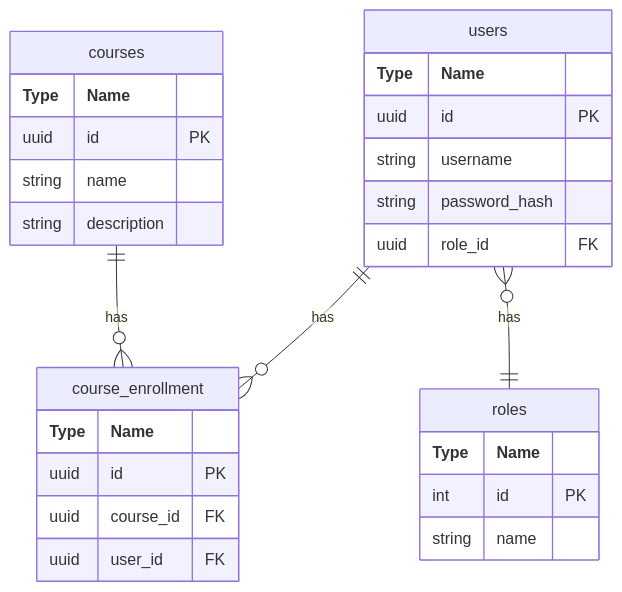
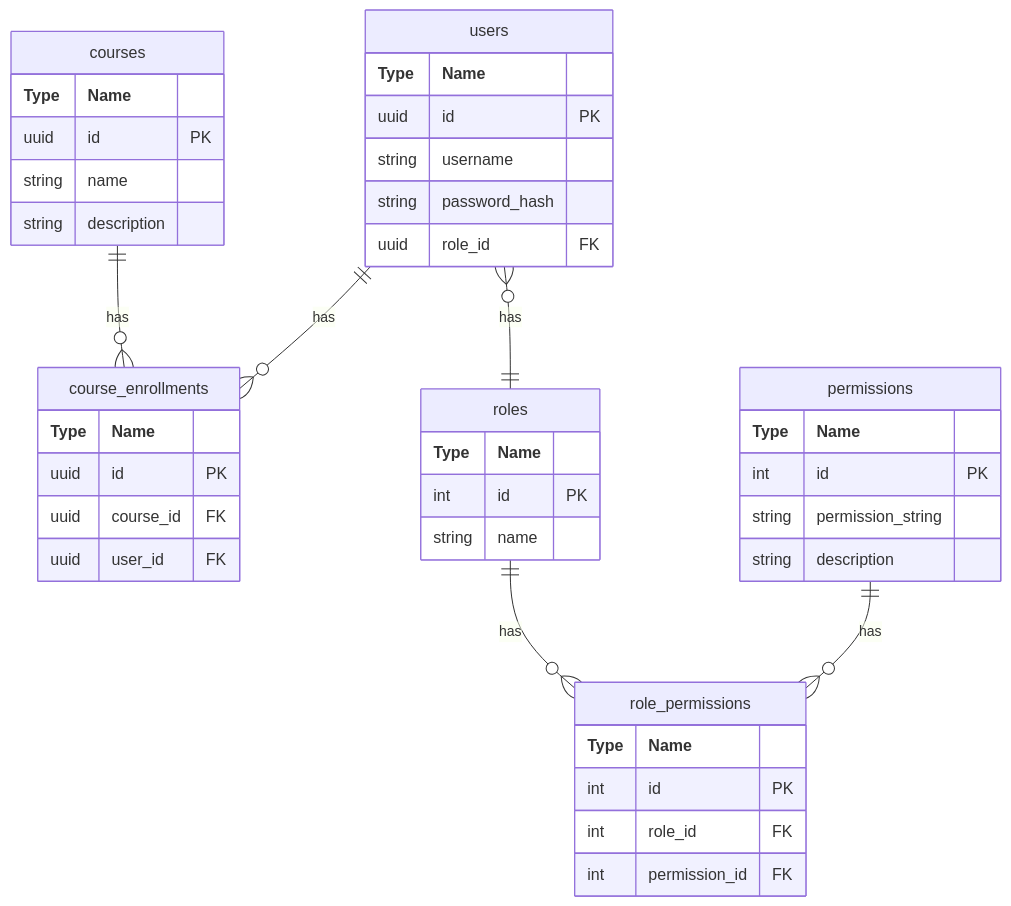
One commit to SamDalmon/Project-2-LMS changed the diagram in README.md. Above: the diagram before and after it, drawn with Mermaid. The commit also changed other lines of this file, not shown here.

Commit message:
Update README.md to enhance setup instructions and correct database structure references

````diff
--- a/README.md
+++ b/README.md
@@ -9,35 +13,52 @@
 ```mermaid
   erDiagram
-    courses ||--o{ course_enrollment : has
-    users ||--o{ course_enrollment : has
+    courses ||--o{ course_enrollments : has
+    users ||--o{ course_enrollments : has
     users }o--|| roles : has
+    roles ||--o{ role_permissions : has
+    permissions ||--o{ role_permissions : has
+    
 
     courses {
       **Type** **Name**
       uuid id PK
       string name
       string description
     }
 
-    course_enrollment {
+    course_enrollments {
       **Type** **Name**
       uuid id PK
       uuid course_id FK
       uuid user_id FK
     }
     
     users {
       **Type** **Name**
       uuid id PK
       string username
       string password_hash
      uuid role_id FK
     }
 
     roles {
       **Type** **Name**
       int id PK
       string name
     }
+
+    permissions {
+      **Type** **Name**
+      int id PK
+      string permission_string
+      string description
+    }
+
+    role_permissions {
+      **Type** **Name**
+      int id PK
+      int role_id FK
+      int permission_id FK
+    }
     
 ```
````
